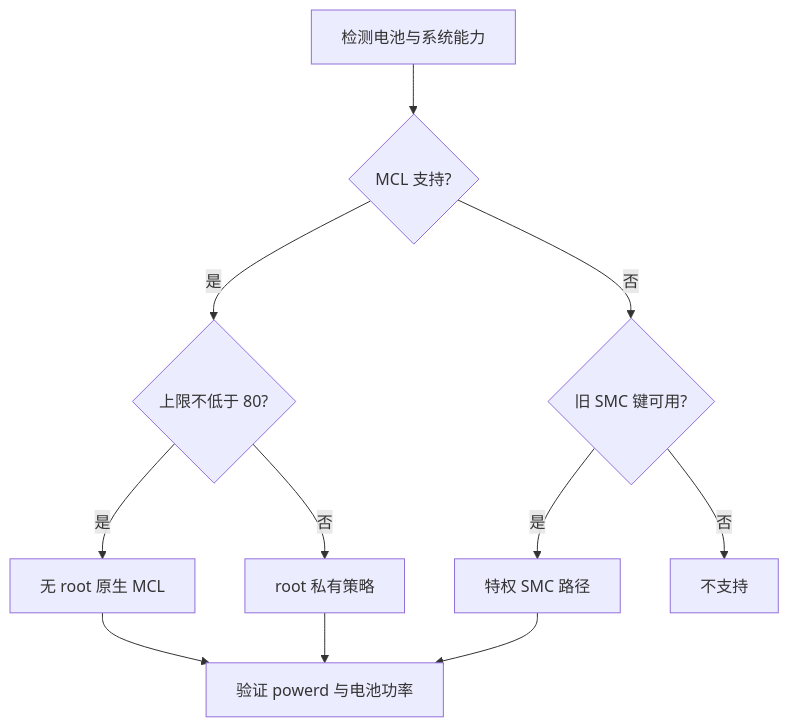
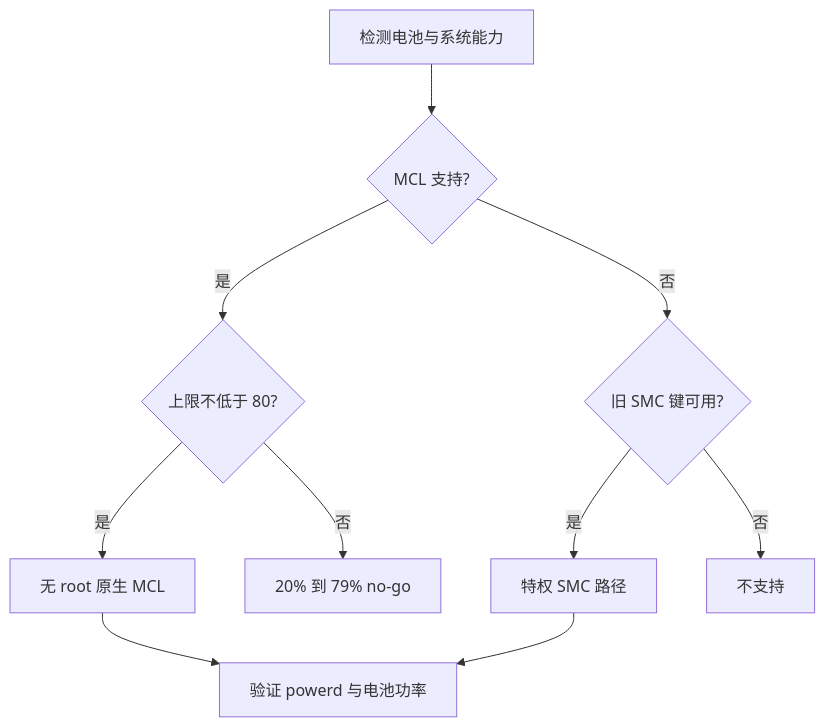
One commit to wyz541/kmp-Covio changed the diagram in docs/research/battery-charge-control/README.md. Above: the diagram before and after it, drawn with Mermaid. The commit also changed other lines of this file and 21 other files, not shown here.

````diff
--- a/docs/research/battery-charge-control/README.md
+++ b/docs/research/battery-charge-control/README.md
@@ -53,13 +56,12 @@
 ```mermaid
 flowchart TD
   A[检测电池与系统能力] --> B{MCL 支持?}
   B -->|是| C{上限不低于 80?}
   C -->|是| D[无 root 原生 MCL]
-  C -->|否| E[root 私有策略]
+  C -->|否| E[20% 到 79% no-go]
   B -->|否| F{旧 SMC 键可用?}
   F -->|是| G[特权 SMC 路径]
   F -->|否| H[不支持]
   D --> I[验证 powerd 与电池功率]
-  E --> I
   G --> I
 ```
````
